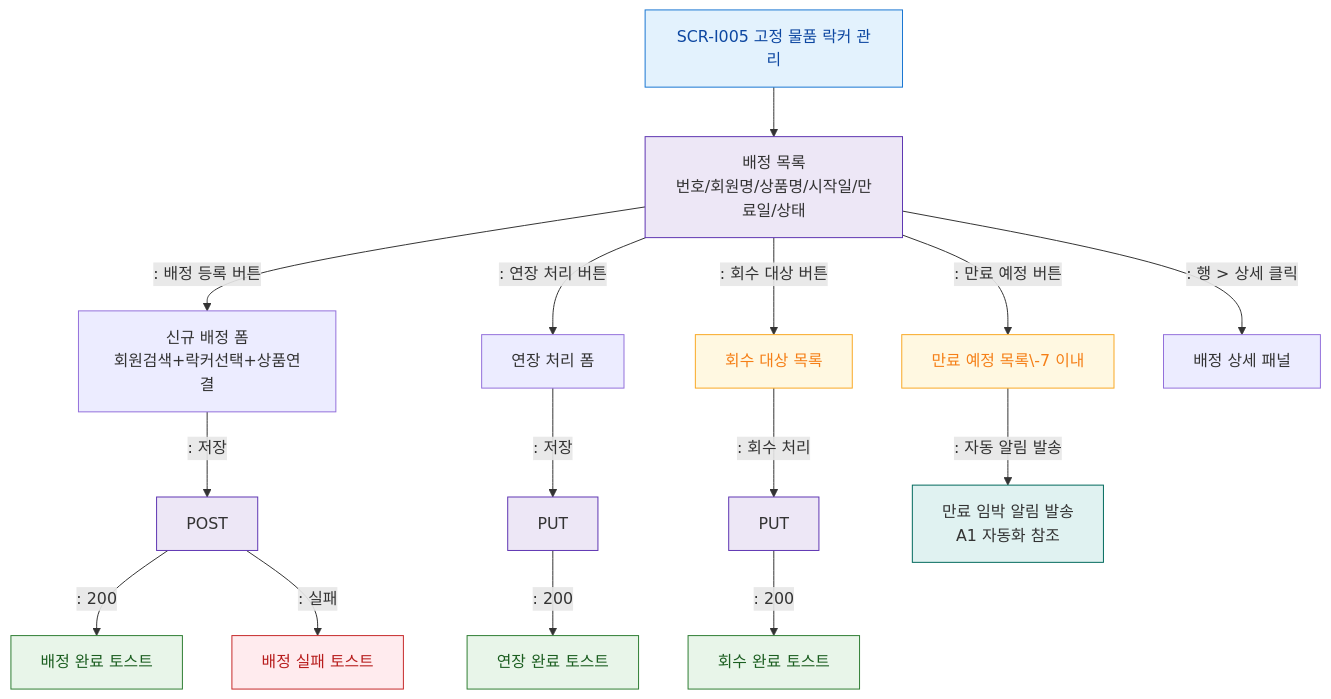
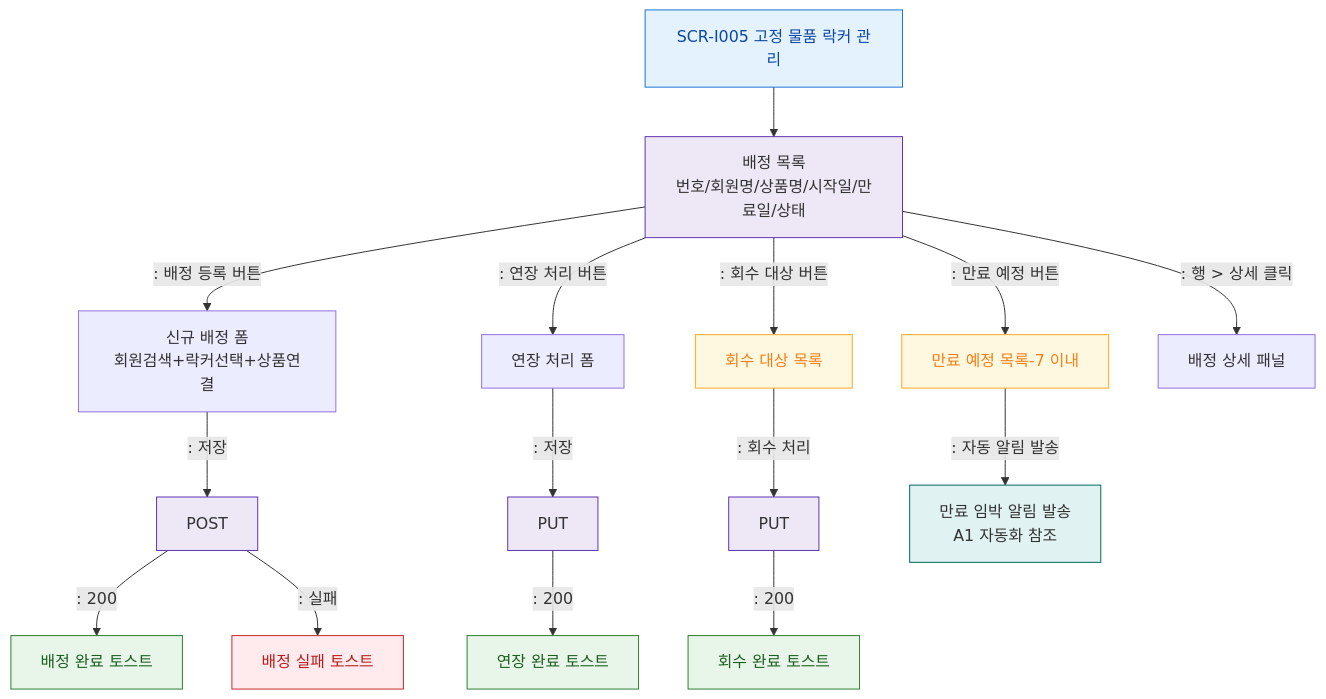
One commit to dev-spogym/admin-pando changed the diagram in docs/admin/다이어그램/D11_통합운영/SCR-I005_고정물품락커관리/F2_메인.md. Above: the diagram before and after it, drawn with Mermaid. The commit also changed 369 other files, not shown here.

````diff
--- a/docs/admin/다이어그램/D11_통합운영/SCR-I005_고정물품락커관리/F2_메인.md
+++ b/docs/admin/다이어그램/D11_통합운영/SCR-I005_고정물품락커관리/F2_메인.md
@@ -17,34 +17,34 @@
 ```mermaid
 flowchart TD
     SCR_I005[SCR-I005 고정 물품 락커 관리] --> LIST[배정 목록\n번호/회원명/상품명/시작일/만료일/상태]
 
     LIST -->|": 배정 등록 버튼"|NEW_FORM[신규 배정 폼\n회원검색+락커선택+상품연결]
-    LIST -->|": 만료 예정 버튼"|EXPIRE_LIST[만료 예정 목록\-7 이내]
+    LIST -->|": 만료 예정 버튼"|EXPIRE_LIST[만료 예정 목록-7 이내]
     LIST -->|": 연장 처리 버튼"|EXTEND[연장 처리 폼]
     LIST -->|": 회수 대상 버튼"|RECLAIM_LIST[회수 대상 목록]
     LIST -->|": 행 > 상세 클릭"|DETAIL[배정 상세 패널]
 
     NEW_FORM -->|": 저장"|API_NEW[POST]
     EXTEND -->|": 저장"|API_EXTEND[PUT]
     RECLAIM_LIST -->|": 회수 처리"|API_RECLAIM[PUT]
 
     API_NEW -->|": 200"|T_OK[배정 완료 토스트]
     API_NEW -->|": 실패"|T_ERR[배정 실패 토스트]
     API_EXTEND -->|": 200"|T_OK2[연장 완료 토스트]
     API_RECLAIM -->|": 200"|T_OK3[회수 완료 토스트]
 
     EXPIRE_LIST -->|": 자동 알림 발송"|AUTO_NOTIF[만료 임박 알림 발송\nA1 자동화 참조]
 
     classDef screen fill:#E3F2FD,stroke:#1976D2,color:#0D47A1
     classDef system fill:#EDE7F6,stroke:#5E35B2
     classDef error fill:#FFEBEE,stroke:#C62828,color:#B71C1C
     classDef success fill:#E8F5E9,stroke:#2E7D32,color:#1B5E20
     classDef warning fill:#FFF8E1,stroke:#F9A825,color:#F57F17
     classDef cron fill:#E0F2F1,stroke:#00695C
     class SCR_I005 screen
     class API_NEW,API_EXTEND,API_RECLAIM,LIST system
     class T_ERR error
     class T_OK,T_OK2,T_OK3 success
     class EXPIRE_LIST,RECLAIM_LIST warning
     class AUTO_NOTIF cron
 ```
````
